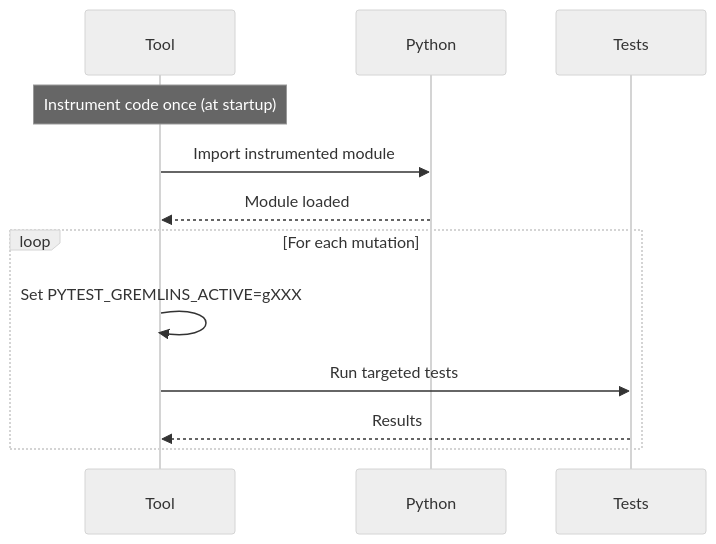
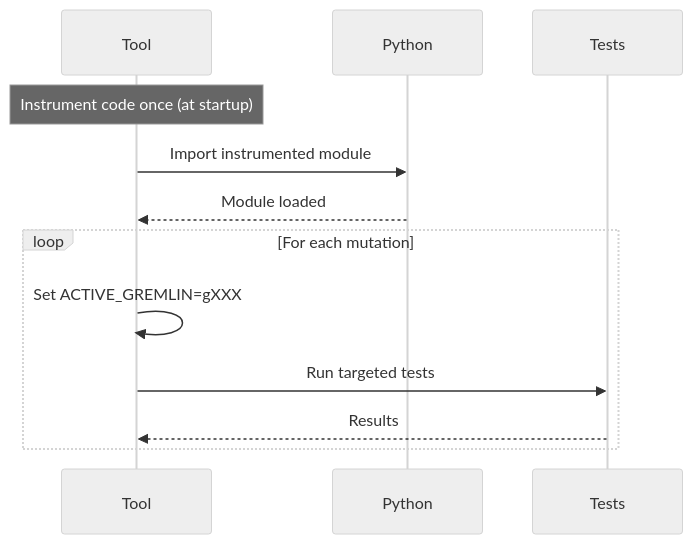
The second of 3 diagrams in docs/architecture/mutation-switching.md (mikelane/pytest-gremlins), drawn with Mermaid (neutral theme) before and after one commit. The commit also changed other lines of this file and 25 other files, not shown here.

````diff
--- a/docs/architecture/mutation-switching.md
+++ b/docs/architecture/mutation-switching.md
@@ -89,16 +89,16 @@
 ```mermaid
 sequenceDiagram
     participant Tool
     participant Python
     participant Tests
 
     Note over Tool: Instrument code once (at startup)
     Tool->>Python: Import instrumented module
     Python-->>Tool: Module loaded
 
     loop For each mutation
-        Tool->>Tool: Set PYTEST_GREMLINS_ACTIVE=gXXX
+        Tool->>Tool: Set ACTIVE_GREMLIN=gXXX
         Tool->>Tests: Run targeted tests
         Tests-->>Tool: Results
     end
 ```
````
